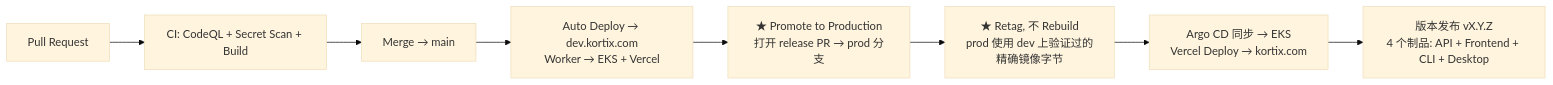
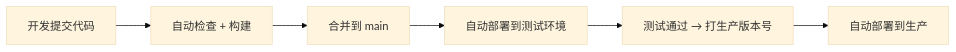
One commit to SilkLee/full-stack-guide changed diagram 13 of 19 in suna-deep-dive.md. Above: the diagram before and after it, drawn with Mermaid (base theme). The commit also changed other lines of this file, not shown here.

Commit message:
Simplify GitOps section: clarify it's Suna team's own deploy pipeline, not needed by AutoCorp

````diff
--- a/suna-deep-dive.md
+++ b/suna-deep-dive.md
@@ -936,12 +940,8 @@
 ```mermaid
 flowchart LR
-    PR["Pull Request"] --> CI["CI: CodeQL + Secret Scan + Build"]
-    CI --> MERGE["Merge → main"]
-    MERGE --> DEV_DEPLOY["Auto Deploy → dev.kortix.com<br/>Worker → EKS + Vercel"]
-    
-    DEV_DEPLOY --> PROMOTE["★ Promote to Production<br/>打开 release PR → prod 分支"]
-    PROMOTE --> RETAG["★ Retag, 不 Rebuild<br/>prod 使用 dev 上验证过的<br/>精确镜像字节"]
-    RETAG --> PROD_DEPLOY["Argo CD 同步 → EKS<br/>Vercel Deploy → kortix.com"]
-    
-    PROD_DEPLOY --> RELEASE["版本发布 vX.Y.Z<br/>4 个制品: API + Frontend + CLI + Desktop"]
+    PR["开发提交代码"] --> CI["自动检查 + 构建"]
+    CI --> MERGE["合并到 main"]
+    MERGE --> DEV["自动部署到测试环境"]
+    DEV --> PROMOTE["测试通过 → 打生产版本号"]
+    PROMOTE --> PROD["自动部署到生产"]
 ```
````
